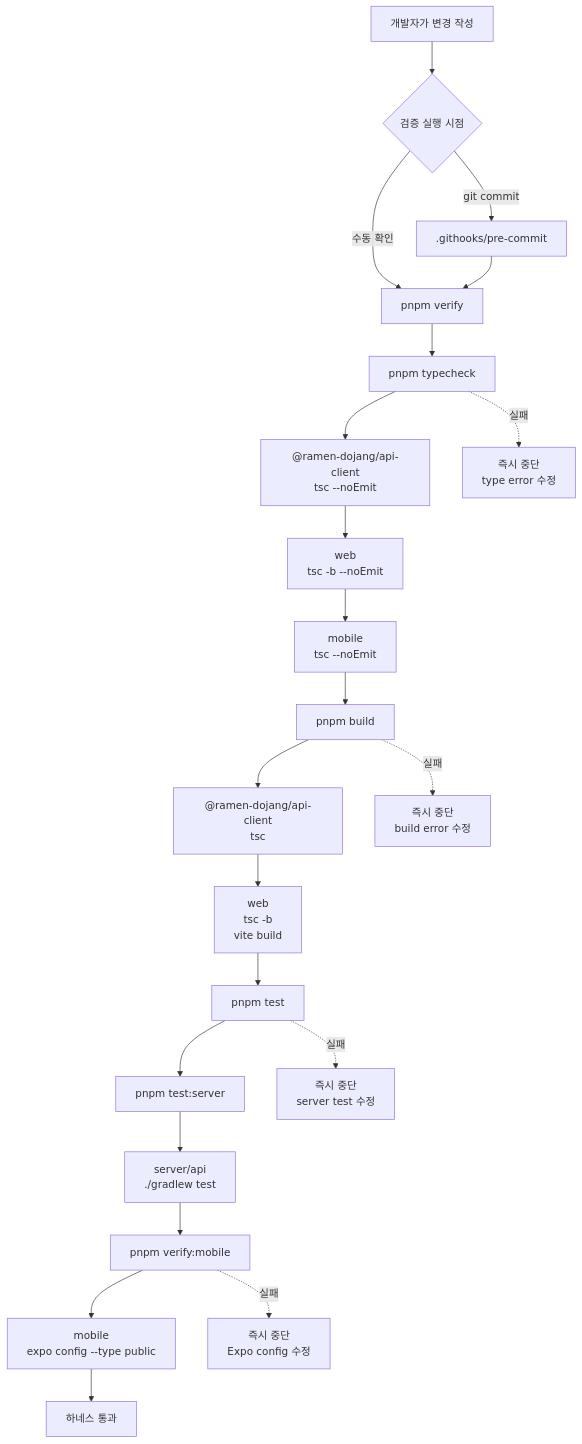
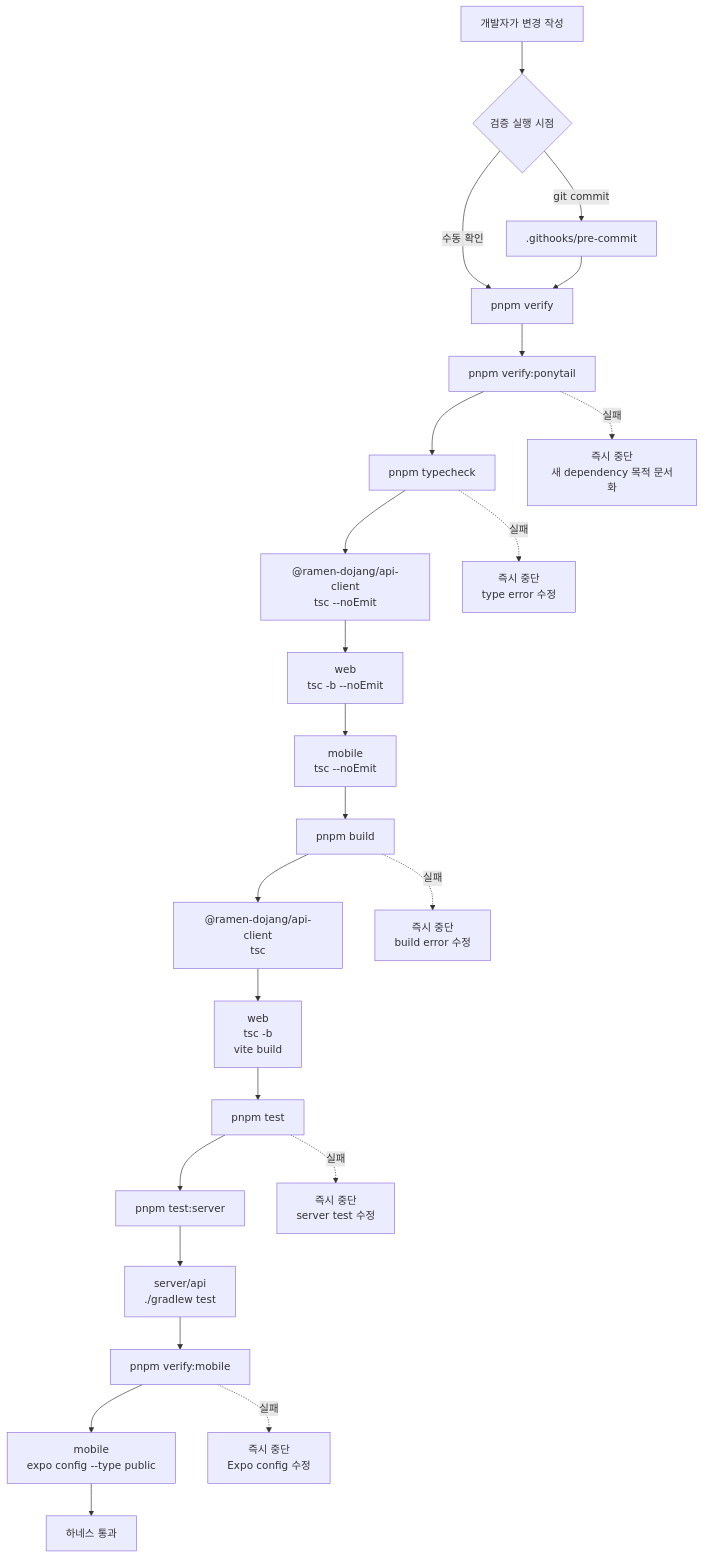
Before and after one commit to easyhooon/ramen-dojang: the diagram in docs/12-verification-harness.md, drawn with Mermaid. The commit also changed other lines of this file and 2 other files, not shown here.

Commit message:
검증 하네스에 의존성 문서화 게이트 추가
새 dependency가 추가될 때 docs/10-tech-stack.md에 사용 목적이 같이 기록됐는지 확인하는 verify:ponytail 단계를 추가했다.

pnpm verify 흐름의 첫 단계로 연결해서 타입체크나 빌드 전에 문서화 누락을 빠르게 잡는다. package.json 검사는 dependencies, devDependencies, peerDependencies, optionalDependencies 섹션 안의 추가 라인만 보도록 제한해서 scripts 변경을 dependency 추가로 오탐하지 않게 했다.

검증 하네스 문서에도 verify:ponytail 단계와 실패 시 중단 기준을 반영했다.

````diff
--- a/docs/12-verification-harness.md
+++ b/docs/12-verification-harness.md
@@ -25,30 +25,32 @@
 ```mermaid
 flowchart TD
   A["개발자가 변경 작성"] --> B{"검증 실행 시점"}
   B -->|"수동 확인"| C["pnpm verify"]
   B -->|"git commit"| D[".githooks/pre-commit"]
   D --> C
 
-  C --> E["pnpm typecheck"]
+  C --> P["pnpm verify:ponytail"]
+  P --> E["pnpm typecheck"]
   E --> E1["@ramen-dojang/api-client<br/>tsc --noEmit"]
   E1 --> E2["web<br/>tsc -b --noEmit"]
   E2 --> E3["mobile<br/>tsc --noEmit"]
 
   E3 --> F["pnpm build"]
   F --> F1["@ramen-dojang/api-client<br/>tsc"]
   F1 --> F2["web<br/>tsc -b<br/>vite build"]
 
   F2 --> G["pnpm test"]
   G --> G1["pnpm test:server"]
   G1 --> G2["server/api<br/>./gradlew test"]
 
   G2 --> H["pnpm verify:mobile"]
   H --> H1["mobile<br/>expo config --type public"]
 
   H1 --> I["하네스 통과"]
 
+  P -. 실패 .-> V["즉시 중단<br/>새 dependency 목적 문서화"]
   E -. 실패 .-> X["즉시 중단<br/>type error 수정"]
   F -. 실패 .-> Y["즉시 중단<br/>build error 수정"]
   G -. 실패 .-> Z["즉시 중단<br/>server test 수정"]
   H -. 실패 .-> W["즉시 중단<br/>Expo config 수정"]
 ```
````
